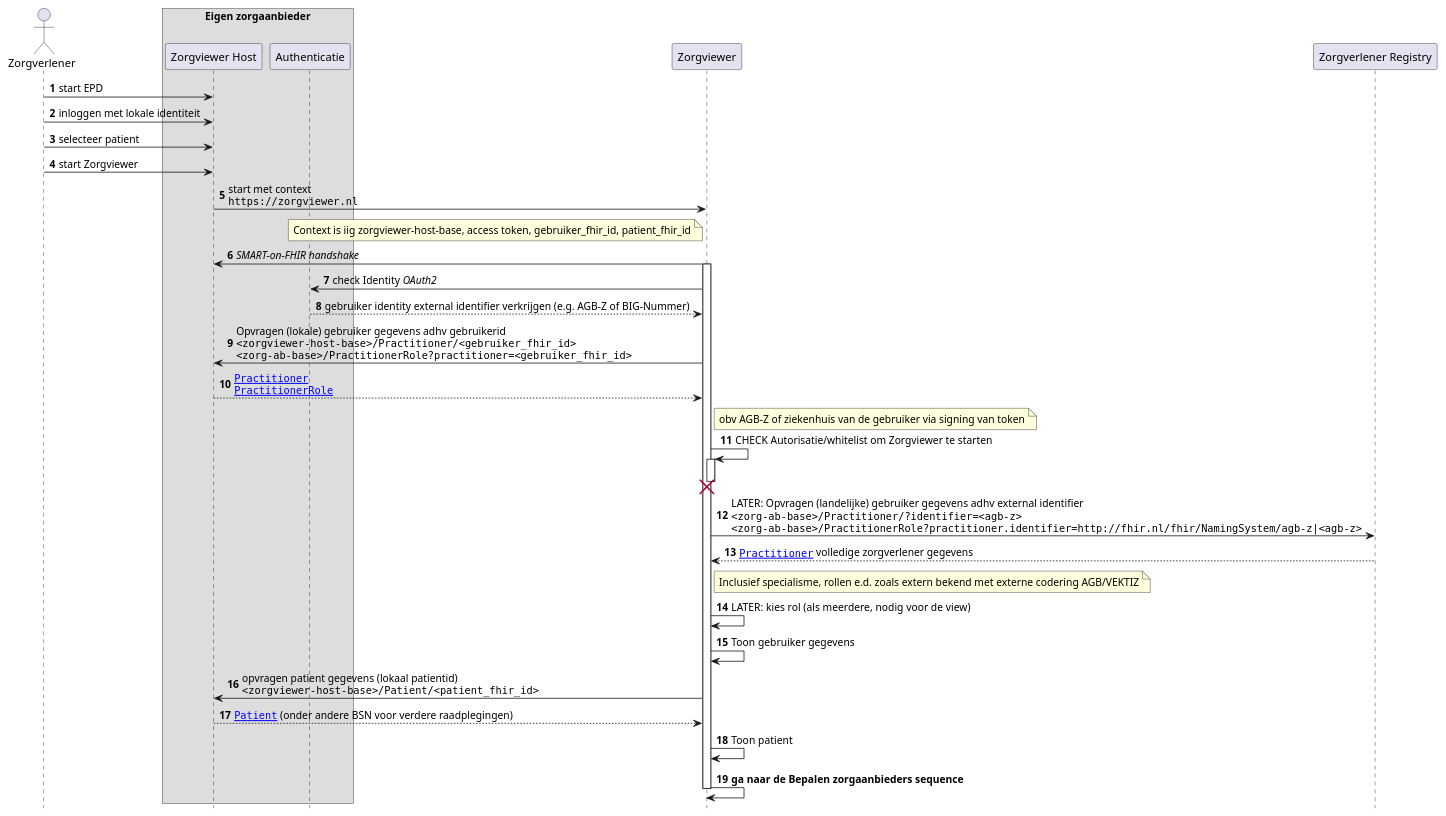
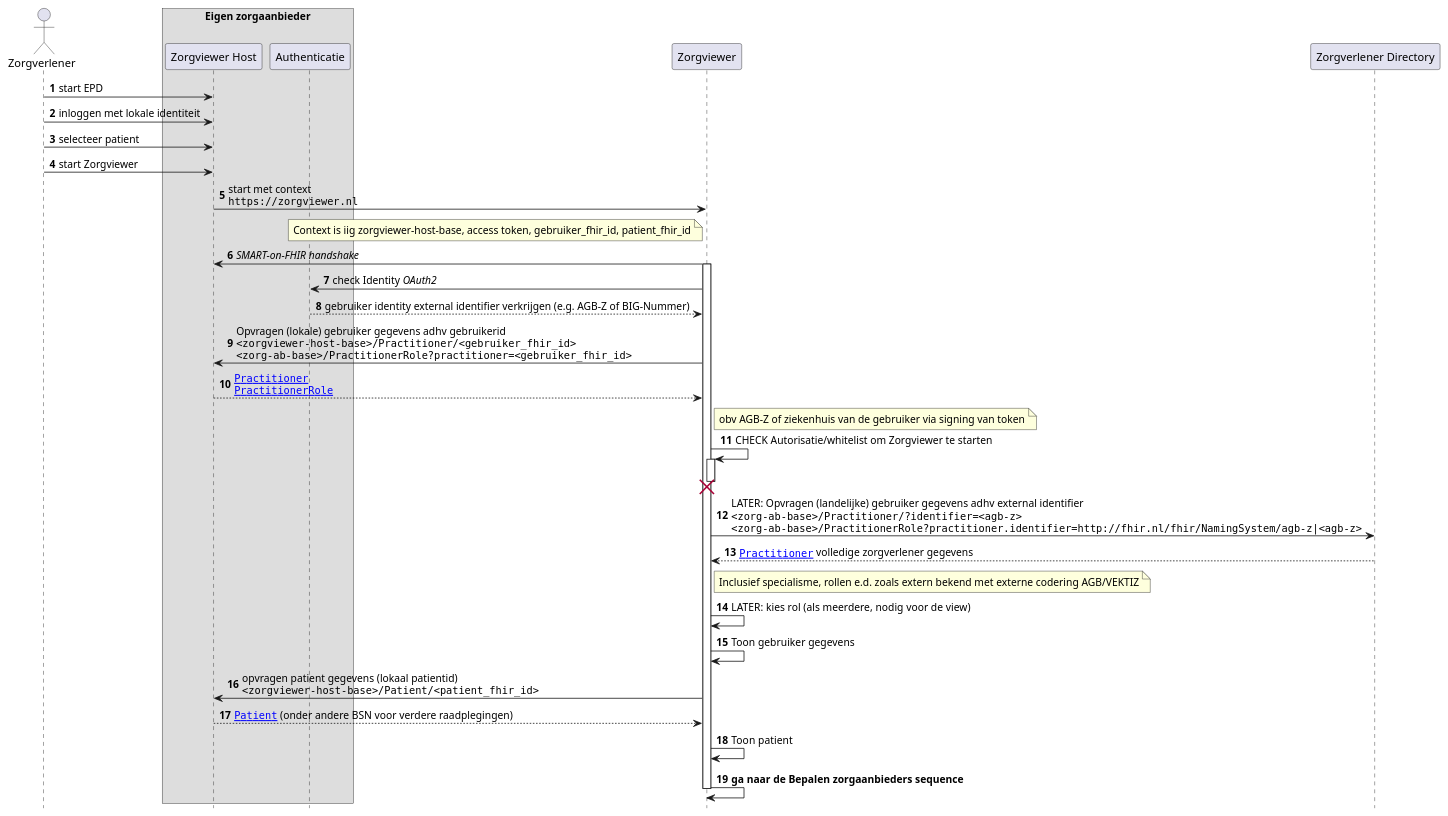
The diagram in input/images-source/Zorgviewer-seq-1-fhir.plantuml (RIVO-Noord/zorgviewer-ig), drawn with PlantUML before and after one commit. The commit also changed 6 other files, not shown here.

```diff
--- a/input/images-source/Zorgviewer-seq-1-fhir.plantuml
+++ b/input/images-source/Zorgviewer-seq-1-fhir.plantuml
@@ -1,53 +1,53 @@
 @startuml
 hide footbox
 autonumber
 
 actor Zorgverlener
 box "Eigen zorgaanbieder"
 participant "Zorgviewer Host" as Host
 participant Authenticatie
 end box
 participant Zorgviewer
-participant "Zorgverlener Registry" as ZorgverlenerRegistry
+participant "Zorgverlener Directory" as ZorgverlenerDirectory
 
 Zorgverlener->Host: start EPD
 Zorgverlener->Host: inloggen met lokale identiteit
 Zorgverlener->Host: selecteer patient
 Zorgverlener->Host: start Zorgviewer
 Host->Zorgviewer: start met context\n""https://zorgviewer.nl""
 note left Zorgviewer
  Context is iig zorgviewer-host-base, access token, gebruiker_fhir_id, patient_fhir_id
 end note
 Zorgviewer->Host: //SMART-on-FHIR handshake//
 
 activate Zorgviewer
 Zorgviewer->Authenticatie: check Identity //OAuth2//
 Authenticatie-->Zorgviewer: gebruiker identity external identifier verkrijgen (e.g. AGB-Z of BIG-Nummer)
 Zorgviewer->Host: Opvragen (lokale) gebruiker gegevens adhv gebruikerid\n""<zorgviewer-host-base>/Practitioner/<gebruiker_fhir_id>""\n""<zorg-ab-base>/PractitionerRole?practitioner=<gebruiker_fhir_id>""
 Host-->Zorgviewer: ""[[StructureDefinition-Practitioner.html Practitioner]]""\n""[[StructureDefinition-PractitionerRole.html PractitionerRole]]""
 note right Zorgviewer
     obv AGB-Z of ziekenhuis van de gebruiker via signing van token
 end note
 Zorgviewer->Zorgviewer++: CHECK Autorisatie/whitelist om Zorgviewer te starten
 destroy Zorgviewer
 
 ' ZORB-AB Implementatiehandleiding 2.8 paragraaf 4.7
-Zorgviewer->ZorgverlenerRegistry: LATER: Opvragen (landelijke) gebruiker gegevens adhv external identifier\n""<zorg-ab-base>/Practitioner/?identifier=<agb-z>""\n""<zorg-ab-base>/PractitionerRole?practitioner.identifier=http://fhir.nl/fhir/NamingSystem/agb-z|<agb-z>""
-ZorgverlenerRegistry-->Zorgviewer: ""[[StructureDefinition-Practitioner.html Practitioner]]"" volledige zorgverlener gegevens
+Zorgviewer->ZorgverlenerDirectory: LATER: Opvragen (landelijke) gebruiker gegevens adhv external identifier\n""<zorg-ab-base>/Practitioner/?identifier=<agb-z>""\n""<zorg-ab-base>/PractitionerRole?practitioner.identifier=http://fhir.nl/fhir/NamingSystem/agb-z|<agb-z>""
+ZorgverlenerDirectory-->Zorgviewer: ""[[StructureDefinition-Practitioner.html Practitioner]]"" volledige zorgverlener gegevens
 note right Zorgviewer
   Inclusief specialisme, rollen e.d. zoals extern bekend met externe codering AGB/VEKTIZ
 end note
 
 Zorgviewer->Zorgviewer: LATER: kies rol (als meerdere, nodig voor de view)
 
 Zorgviewer->Zorgviewer: Toon gebruiker gegevens
 
 Zorgviewer->Host: opvragen patient gegevens (lokaal patientid)\n""<zorgviewer-host-base>/Patient/<patient_fhir_id>""
 Host-->Zorgviewer: ""[[StructureDefinition-Patient.html Patient]]"" (onder andere BSN voor verdere raadplegingen)
 Zorgviewer->Zorgviewer: Toon patient
 
 Zorgviewer->Zorgviewer: **ga naar de Bepalen zorgaanbieders sequence**
 
 deactivate Zorgviewer
 
 @enduml
```
